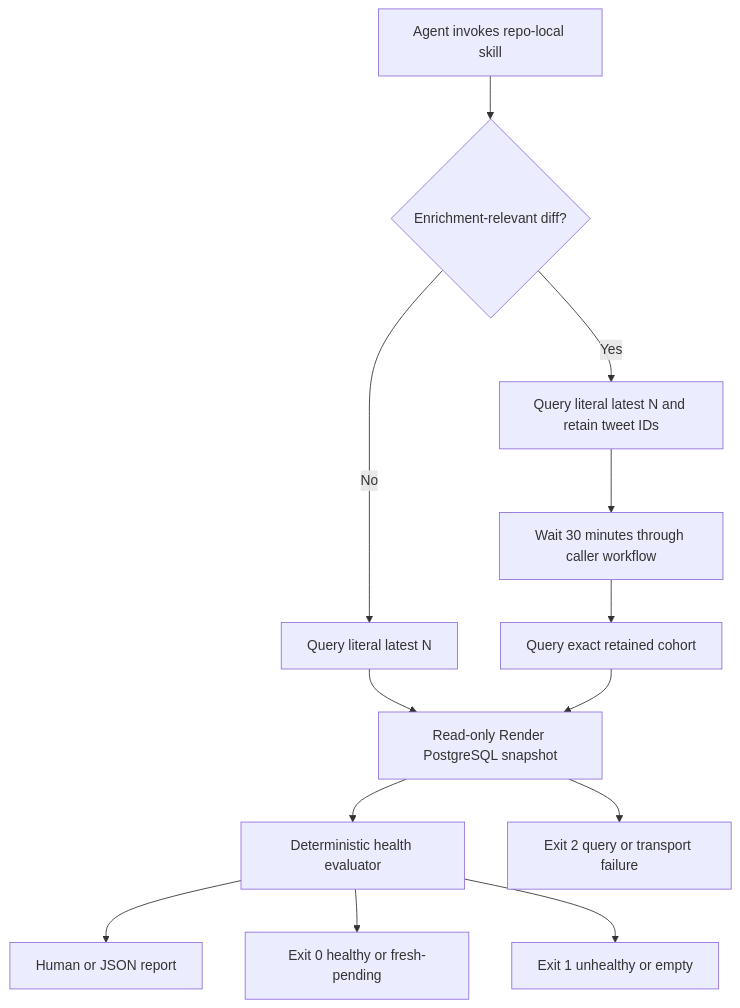
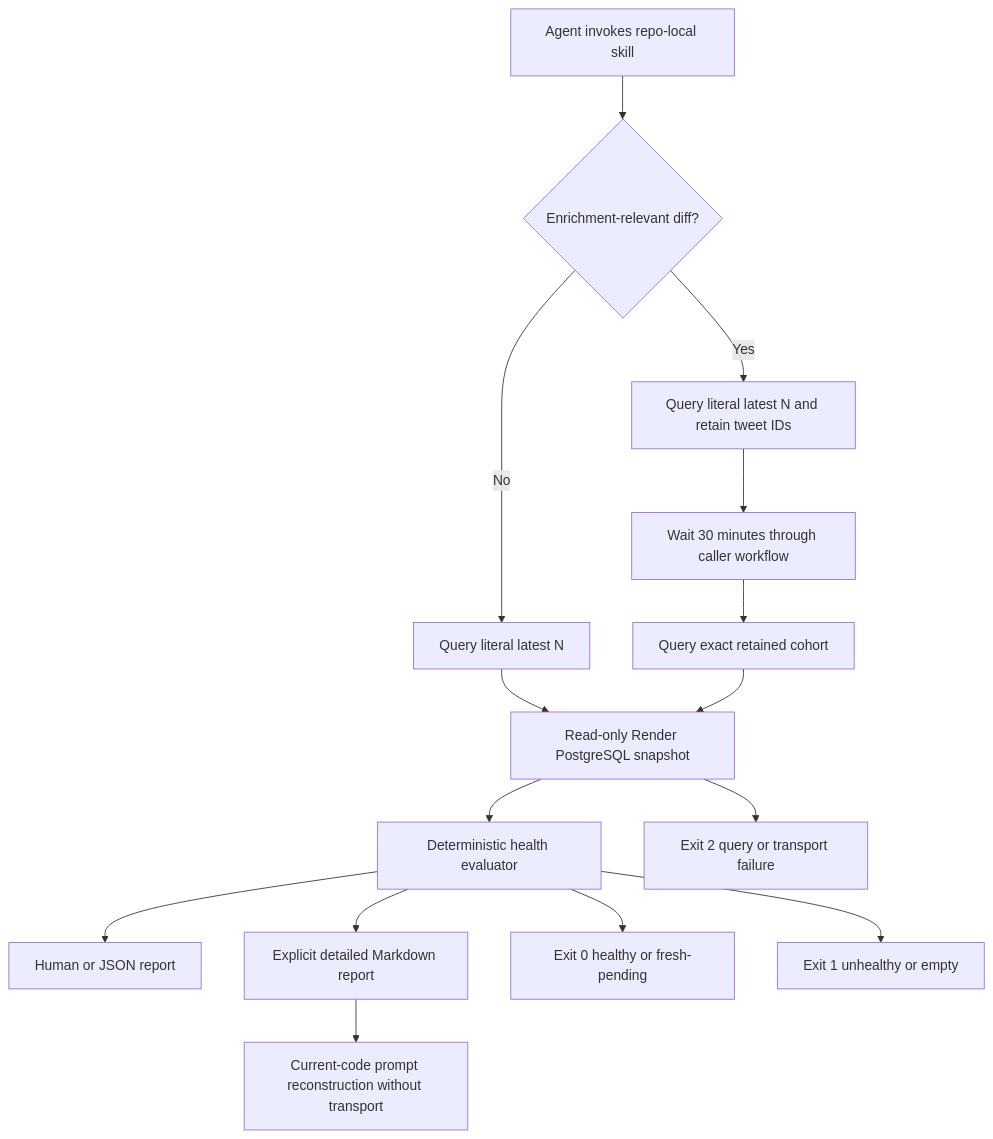
Before and after one commit to allenwlee/pushin-weight-v2: the diagram in docs/plans/2026-08-25-005403-feat-harvester-latest-n-health-check-skill-plan.md, drawn with Mermaid. The commit also changed other lines of this file and 5 other files, not shown here.

````diff
--- a/docs/plans/2026-08-25-005403-feat-harvester-latest-n-health-check-skill-plan.md
+++ b/docs/plans/2026-08-25-005403-feat-harvester-latest-n-health-check-skill-plan.md
@@ -176,15 +194,17 @@
 ```mermaid
 flowchart TB
   A[Agent invokes repo-local skill] --> B{Enrichment-relevant diff?}
   B -->|No| C[Query literal latest N]
   B -->|Yes| D[Query literal latest N and retain tweet IDs]
   D --> E[Wait 30 minutes through caller workflow]
   E --> F[Query exact retained cohort]
   C --> G[Read-only Render PostgreSQL snapshot]
   F --> G
   G --> H[Deterministic health evaluator]
   H --> I[Human or JSON report]
+  H --> M[Explicit detailed Markdown report]
+  M --> N[Current-code prompt reconstruction without transport]
   H --> J[Exit 0 healthy or fresh-pending]
   H --> K[Exit 1 unhealthy or empty]
   G --> L[Exit 2 query or transport failure]
 ```
````
